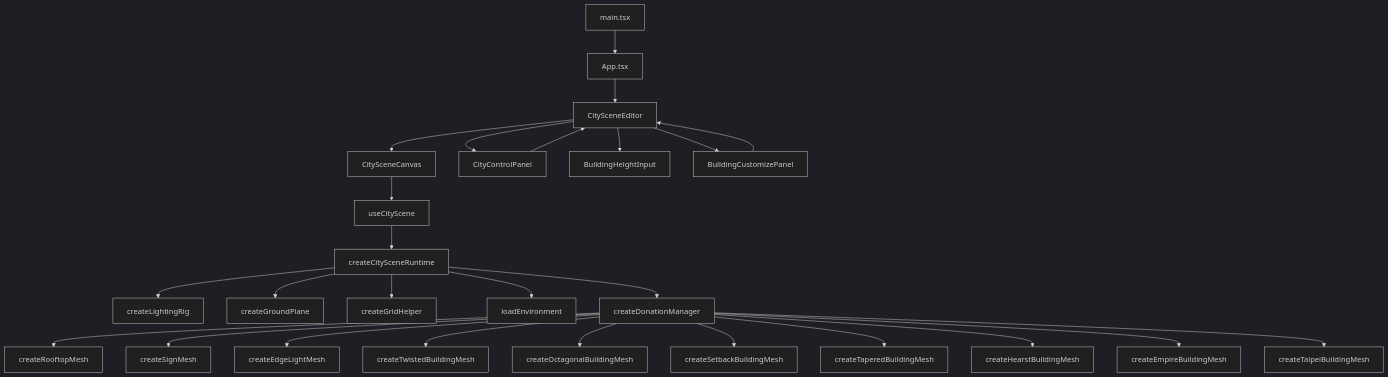
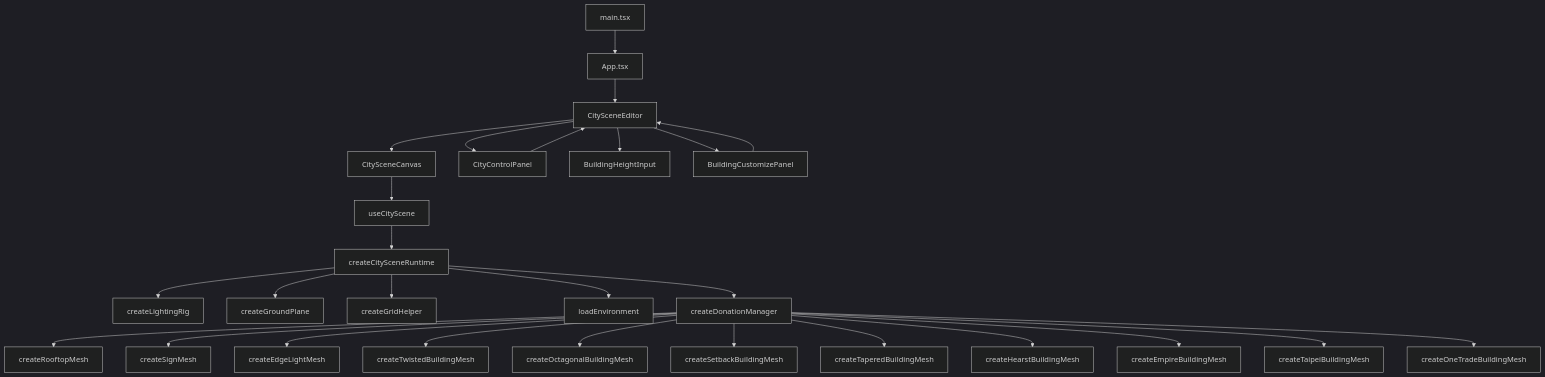
The first of 2 diagrams in doc-pixcity/index.md (RaeII/pixcity), drawn with Mermaid (dark theme) before and after one commit. The commit also changed other lines of this file and 11 other files, not shown here.

Commit message:
fix: Build One trade

````diff
--- a/doc-pixcity/index.md
+++ b/doc-pixcity/index.md
@@ -170,28 +171,29 @@
 ```mermaid
 flowchart TD
     A[main.tsx] --> B[App.tsx]
     B --> C[CitySceneEditor]
     C --> D[CitySceneCanvas]
     C --> E[CityControlPanel]
     C --> F[BuildingHeightInput]
     C --> P[BuildingCustomizePanel]
     D --> G[useCityScene]
     G --> H[createCitySceneRuntime]
     H --> I[createLightingRig]
     H --> J[createGroundPlane]
     H --> K[createGridHelper]
     H --> L[loadEnvironment]
     H --> M[createDonationManager]
     M --> N[createRooftopMesh]
     M --> O[createSignMesh]
     M --> Q[createEdgeLightMesh]
     M --> T[createTwistedBuildingMesh]
     M --> U[createOctagonalBuildingMesh]
     M --> V[createSetbackBuildingMesh]
     M --> W[createTaperedBuildingMesh]
     M --> X[createHearstBuildingMesh]
     M --> Y[createEmpireBuildingMesh]
     M --> Z[createTaipeiBuildingMesh]
+    M --> OT[createOneTradeBuildingMesh]
     E --> C
     P --> C
 ```
````
